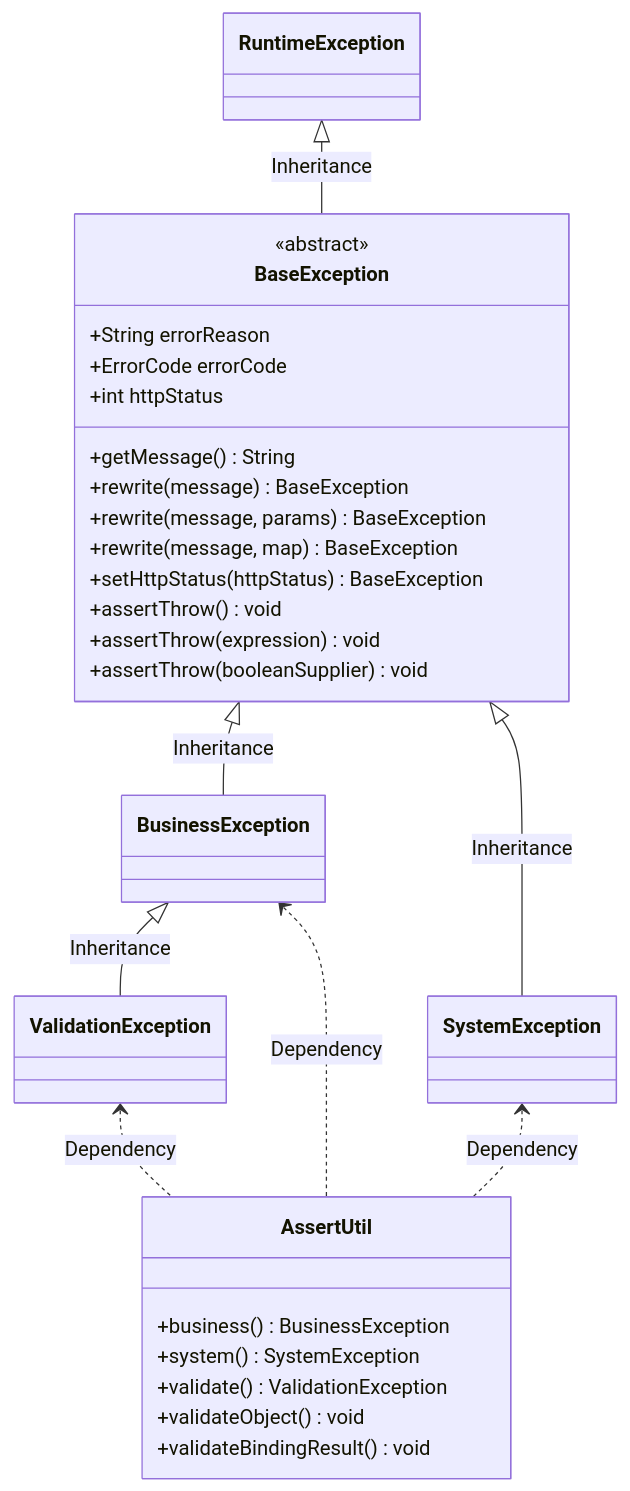
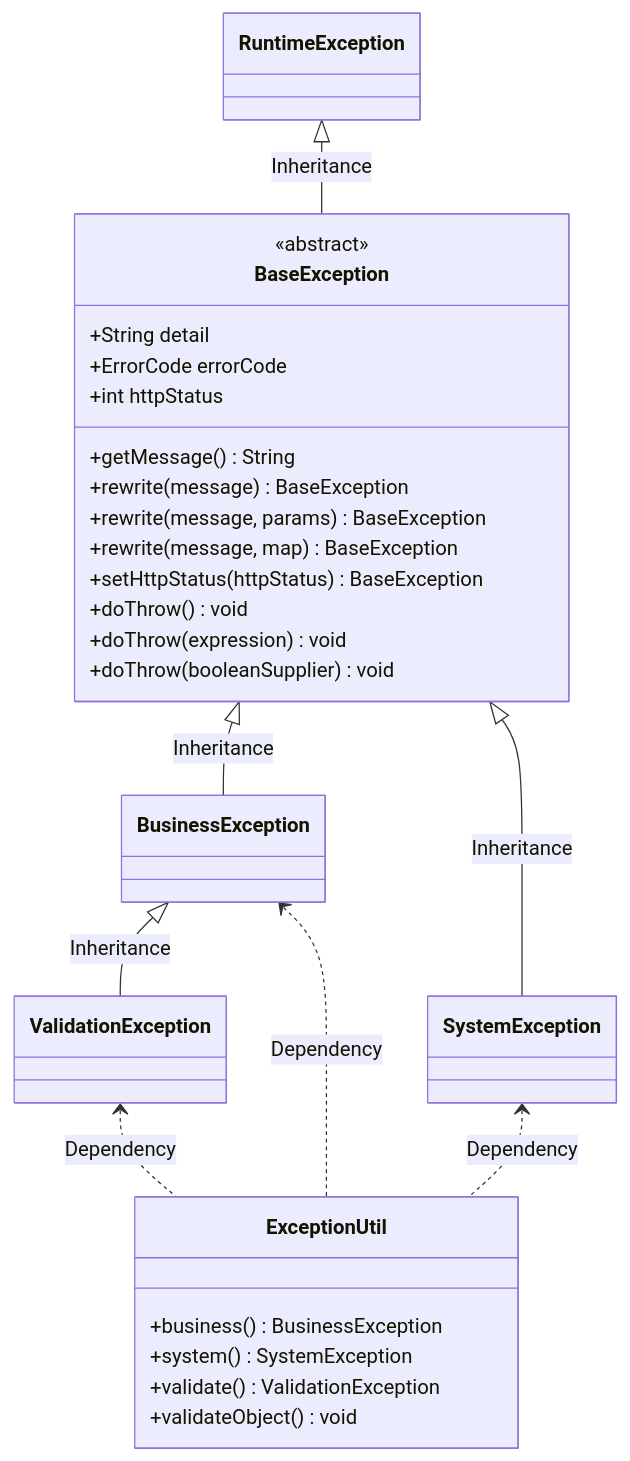
One commit to zhycn/muyie changed the diagram in docs/exception-class.md. Above: the diagram before and after it, drawn with Mermaid. The commit also changed other lines of this file and 4 other files, not shown here.

````diff
--- a/docs/exception-class.md
+++ b/docs/exception-class.md
@@ -14,33 +14,32 @@
 ```mermaid
 classDiagram
 RuntimeException <|-- BaseException : Inheritance
 BaseException <|-- BusinessException : Inheritance
 BaseException <|-- SystemException : Inheritance
 BusinessException <|-- ValidationException : Inheritance
-BusinessException <.. AssertUtil : Dependency
-SystemException <.. AssertUtil : Dependency
-ValidationException <.. AssertUtil : Dependency
+BusinessException <.. ExceptionUtil : Dependency
+SystemException <.. ExceptionUtil : Dependency
+ValidationException <.. ExceptionUtil : Dependency
 
 class BaseException{
     <<abstract>>
-    +String errorReason
+    +String detail
     +ErrorCode errorCode
     +int httpStatus
     +getMessage() String
     +rewrite(message) BaseException
     +rewrite(message, params) BaseException
     +rewrite(message, map) BaseException
     +setHttpStatus(httpStatus) BaseException
-    +assertThrow() void
-    +assertThrow(expression) void
-    +assertThrow(booleanSupplier) void
+    +doThrow() void
+    +doThrow(expression) void
+    +doThrow(booleanSupplier) void
 }
 
-class AssertUtil{
+class ExceptionUtil{
     +business() BusinessException
     +system() SystemException
     +validate() ValidationException
     +validateObject() void
-    +validateBindingResult() void
 }
 ```
````
